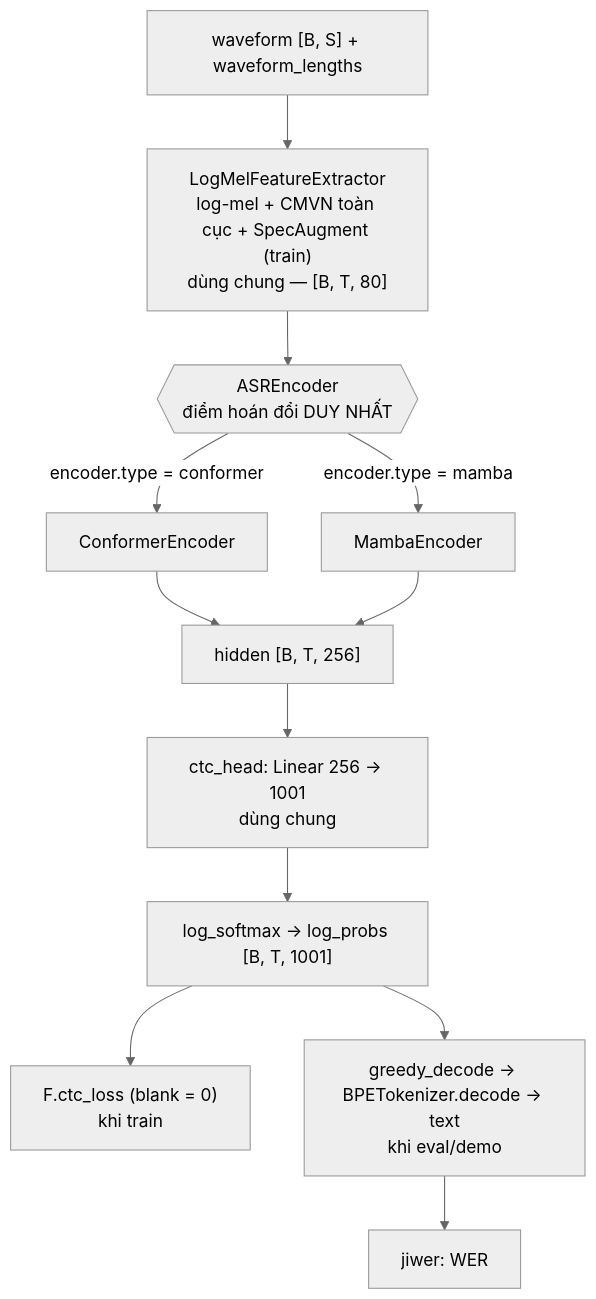
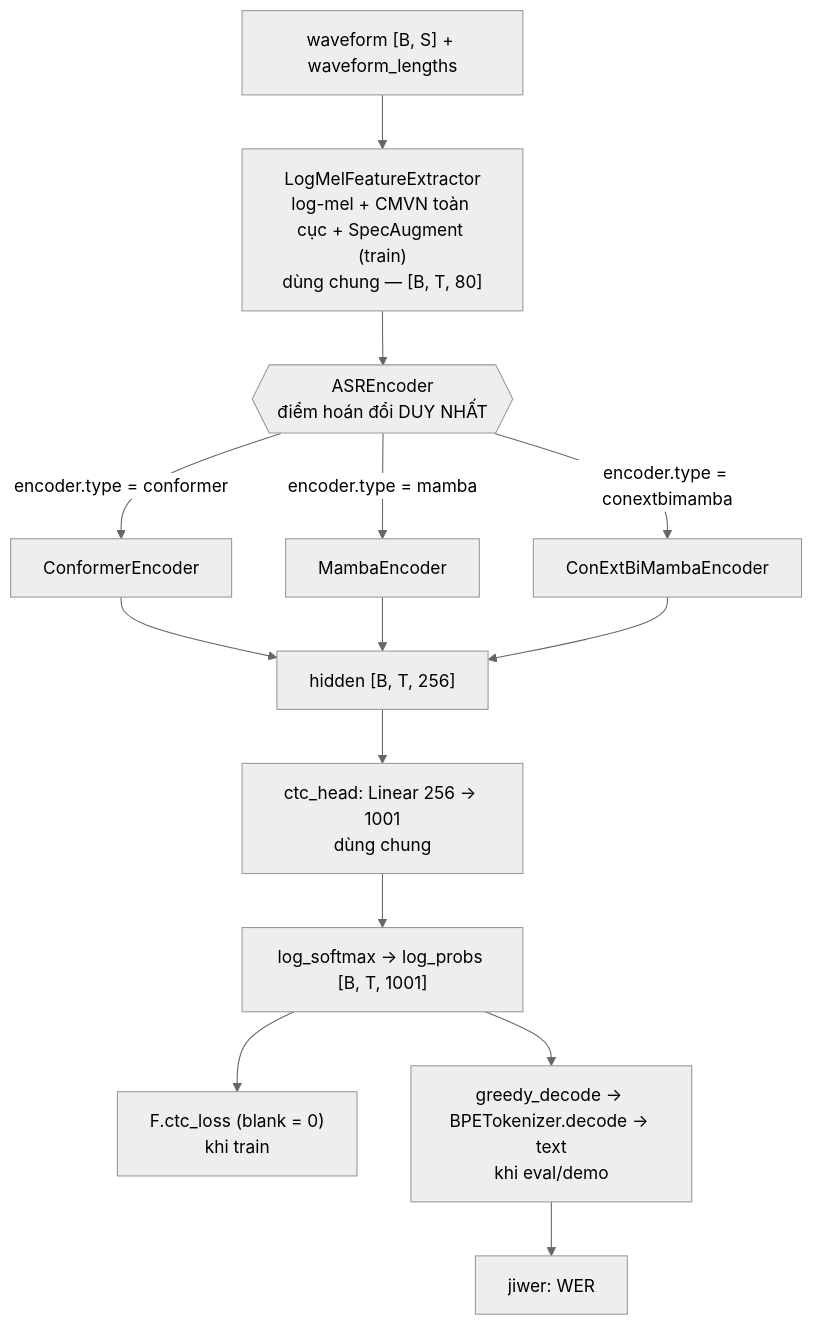
The first of 4 diagrams in ARCHITECTURE.md (VuKhah/specialized-thesis), drawn with Mermaid (neutral theme) before and after one commit. The commit also changed other lines of this file and 11 other files, not shown here.

First line of the commit message:
ConExtBiMamba, bien phap on dinh + bang so sanh cho train thu 3 mo hinh

````diff
--- a/ARCHITECTURE.md
+++ b/ARCHITECTURE.md
@@ -14,14 +14,16 @@
 ```mermaid
 flowchart TD
     W["waveform [B, S] + waveform_lengths"] --> FE["LogMelFeatureExtractor<br/>log-mel + CMVN toàn cục + SpecAugment (train)<br/>dùng chung — [B, T, 80]"]
     FE --> ENC{{"ASREncoder<br/>điểm hoán đổi DUY NHẤT"}}
     ENC -->|"encoder.type = conformer"| C["ConformerEncoder"]
     ENC -->|"encoder.type = mamba"| M["MambaEncoder"]
+    ENC -->|"encoder.type = conextbimamba"| X["ConExtBiMambaEncoder"]
     C --> H["hidden [B, T, 256]"]
     M --> H
+    X --> H
     H --> HEAD["ctc_head: Linear 256 → 1001<br/>dùng chung"]
     HEAD --> LP["log_softmax → log_probs [B, T, 1001]"]
     LP --> LOSS["F.ctc_loss (blank = 0)<br/>khi train"]
     LP --> DEC["greedy_decode → BPETokenizer.decode → text<br/>khi eval/demo"]
     DEC --> WER["jiwer: WER"]
 ```
````
